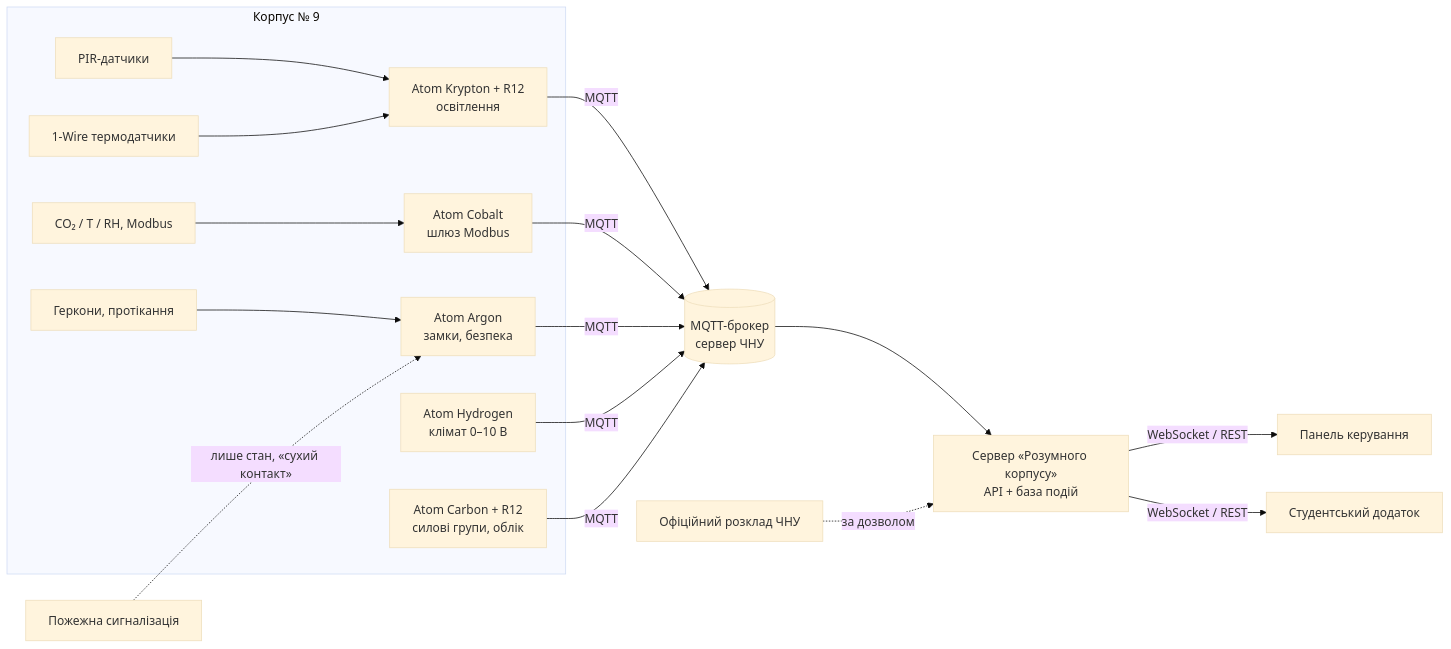
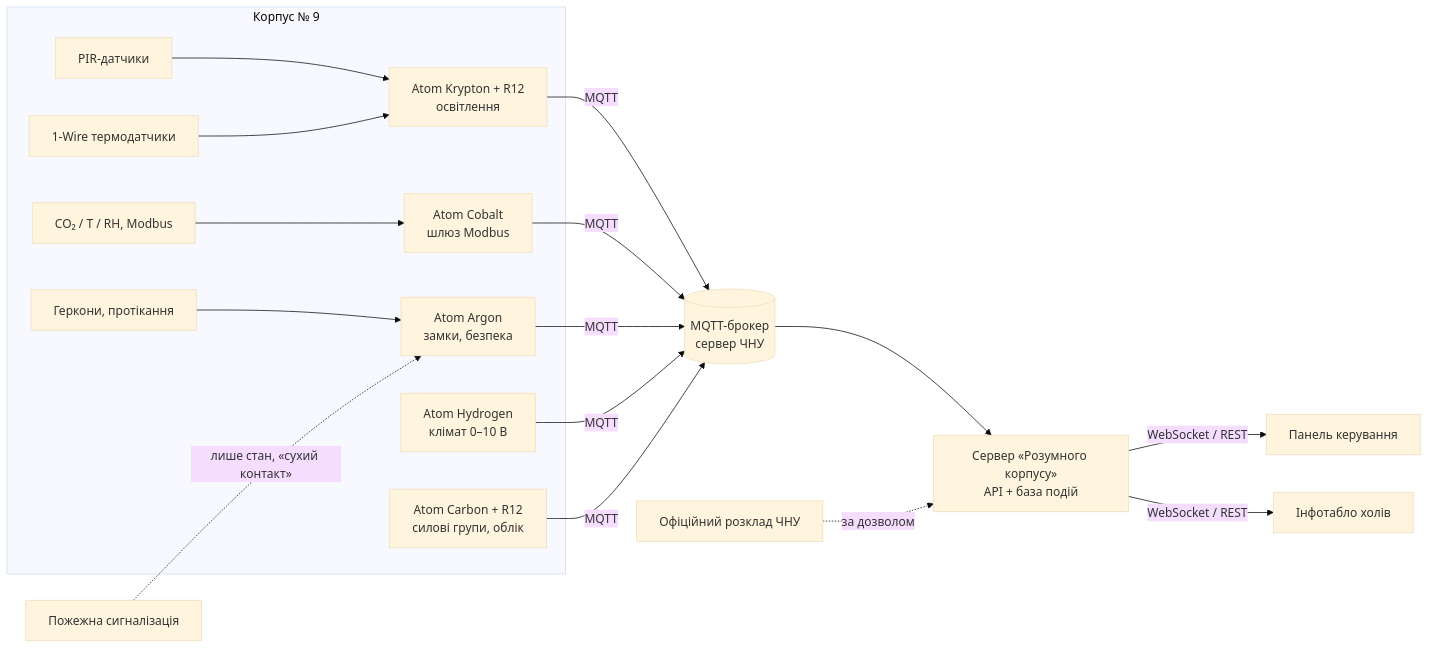
Before and after one commit to OrrinCorp/smart-korpus-k9: the first of 2 diagrams in docs/architecture.md, drawn with Mermaid (base theme). The commit also changed other lines of this file and 30 other files, not shown here.

````diff
--- a/docs/architecture.md
+++ b/docs/architecture.md
@@ -5,20 +5,20 @@
 ```mermaid
 flowchart LR
   subgraph Корпус_9[Корпус № 9]
     S1[PIR-датчики] --> A1
     S2[1-Wire термодатчики] --> A1
     S3[CO₂ / T / RH, Modbus] --> A2
     S4[Геркони, протікання] --> A3
     A1[Atom Krypton + R12<br>освітлення]
     A2[Atom Cobalt<br>шлюз Modbus]
     A3[Atom Argon<br>замки, безпека]
     A4[Atom Hydrogen<br>клімат 0–10 В]
     A5[Atom Carbon + R12<br>силові групи, облік]
   end
   A1 & A2 & A3 & A4 & A5 -- MQTT --> BR[(MQTT-брокер<br>сервер ЧНУ)]
   BR --> SRV[Сервер «Розумного корпусу»<br>API + база подій]
   RZ[Офіційний розклад ЧНУ] -. за дозволом .-> SRV
   SRV -- WebSocket / REST --> WEB[Панель керування]
-  SRV -- WebSocket / REST --> STU[Студентський додаток]
+  SRV -- WebSocket / REST --> TAB[Інфотабло холів]
   FIRE[Пожежна сигналізація] -. лише стан, «сухий контакт» .-> A3
 ```
````
